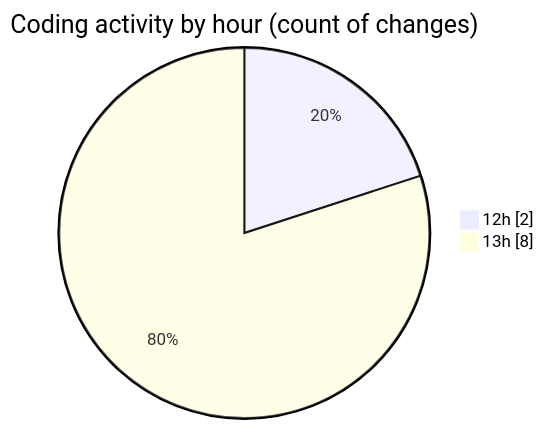
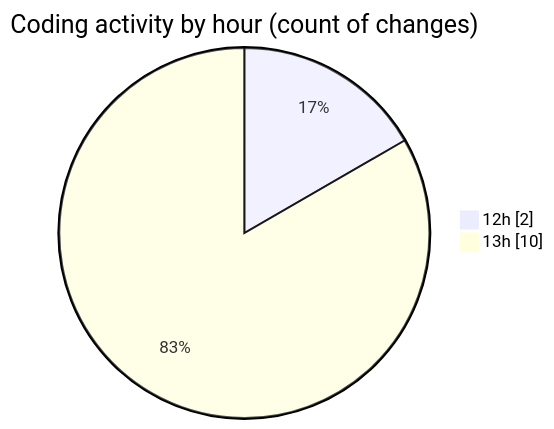
One commit to shibass792/code-tracking changed the second of 2 diagrams in 2026-07-12/untitled__workspace_/README.md. Above: the diagram before and after it, drawn with Mermaid. The commit also changed other lines of this file and 1 other file, not shown here.

````diff
--- a/2026-07-12/untitled__workspace_/README.md
+++ b/2026-07-12/untitled__workspace_/README.md
@@ -28,6 +28,6 @@
 ```mermaid
 pie showData
 title Coding activity by hour (count of changes)
 "12h" : 2
-"13h" : 8
+"13h" : 10
 ```
````
